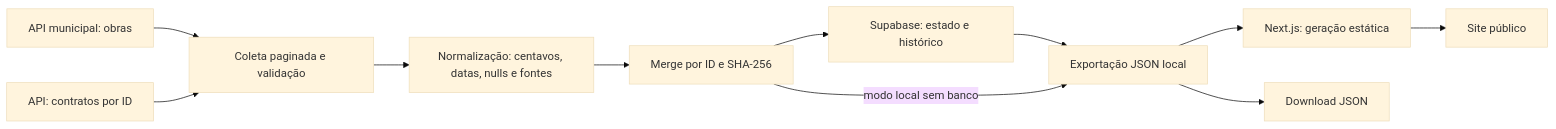
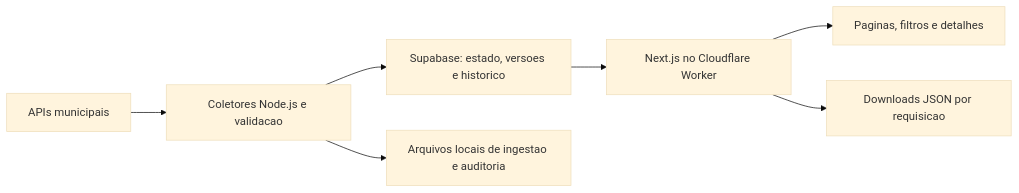
Before and after one commit to ArmandoGT/observatorio-pvh: the diagram in docs/arquitetura.md, drawn with Mermaid (base theme). The commit also changed other lines of this file and 52 other files, not shown here.

````diff
--- a/docs/arquitetura.md
+++ b/docs/arquitetura.md
@@ -3,13 +3,9 @@
 ```mermaid
 flowchart LR
-  A[API municipal: obras] --> B[Coleta paginada e validação]
-  C[API: contratos por ID] --> B
-  B --> D[Normalização: centavos, datas, nulls e fontes]
-  D --> E[Merge por ID e SHA-256]
-  E --> P[Supabase: estado e histórico]
-  P --> F[Exportação JSON local]
-  E -->|modo local sem banco| F
-  F --> G[Next.js: geração estática]
-  G --> H[Site público]
-  F --> I[Download JSON]
+  A[APIs municipais] --> B[Coletores Node.js e validacao]
+  B --> C[Supabase: estado, versoes e historico]
+  C --> D[Next.js no Cloudflare Worker]
+  D --> E[Paginas, filtros e detalhes]
+  D --> F[Downloads JSON por requisicao]
+  B --> G[Arquivos locais de ingestao e auditoria]
 ```
````
